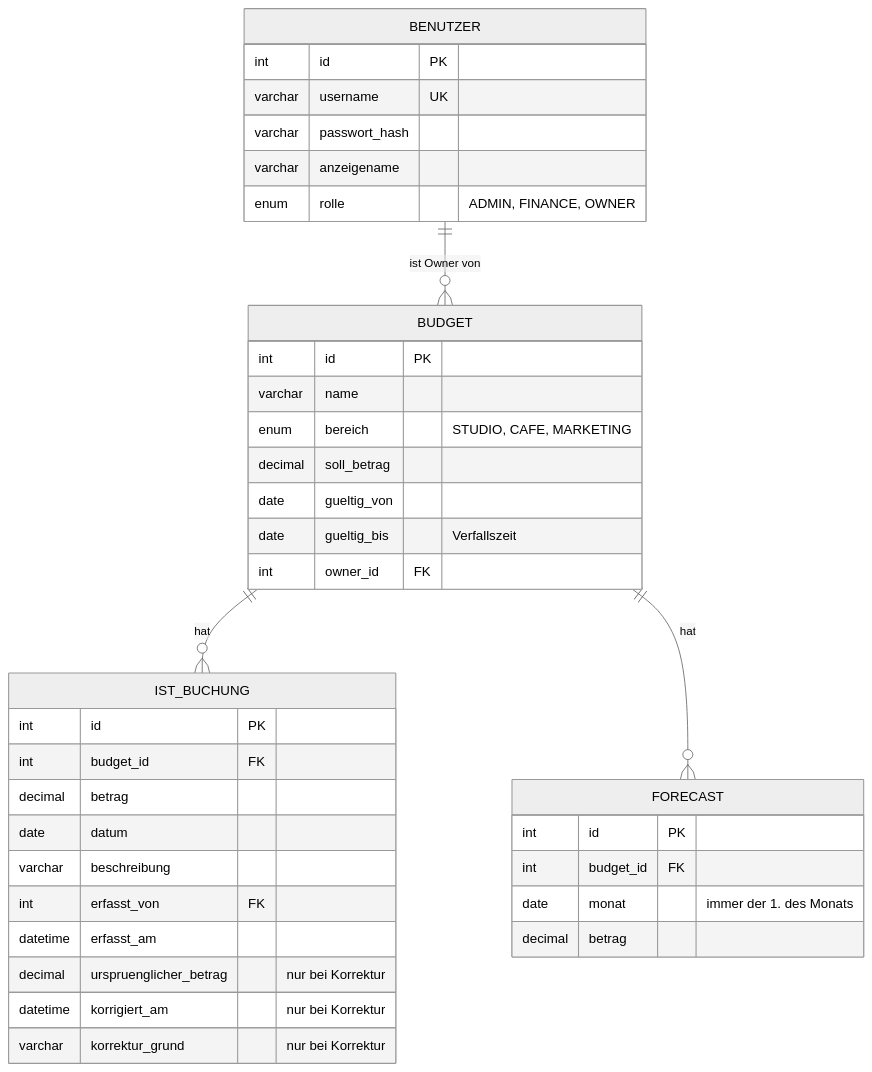
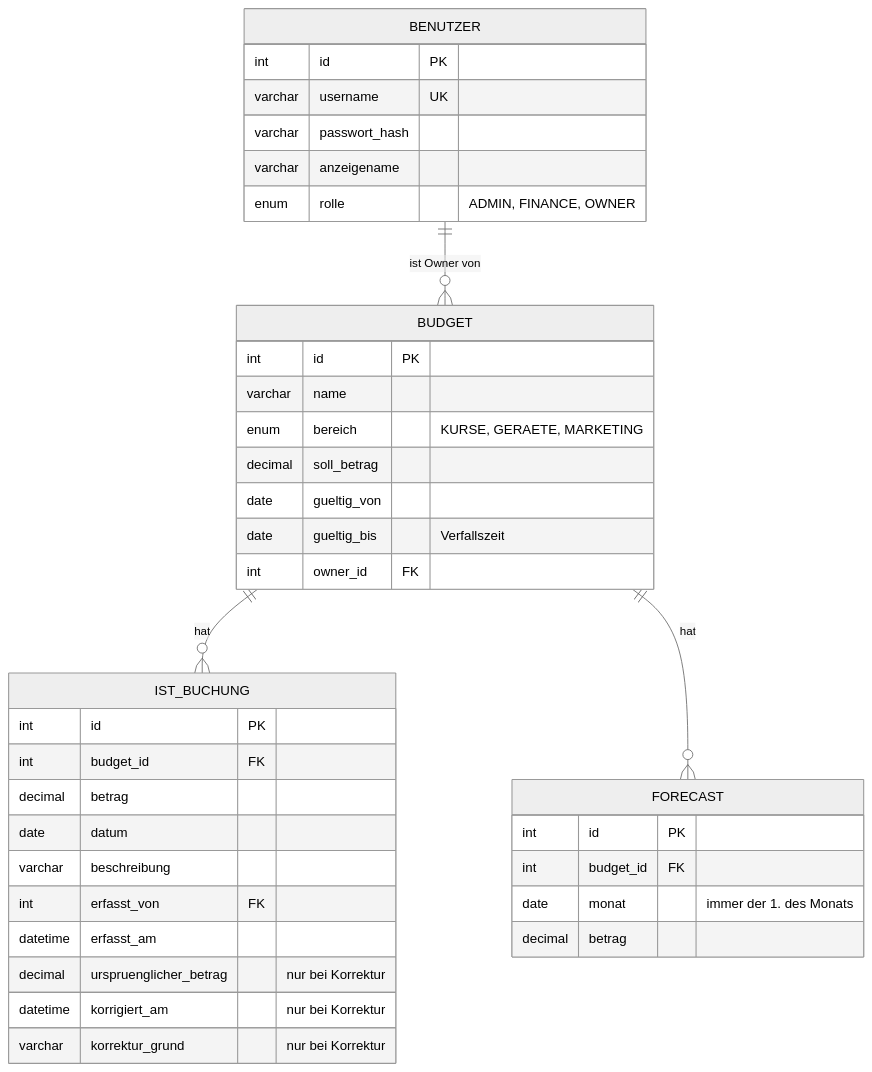
One commit to sinemoezbakir/Fallstudie changed the diagram in docs/konzept.md. Above: the diagram before and after it, drawn with Mermaid (neutral theme). The commit also changed other lines of this file and 13 other files, not shown here.

````diff
--- a/docs/konzept.md
+++ b/docs/konzept.md
@@ -45,41 +45,41 @@
 ```mermaid
 erDiagram
     BENUTZER ||--o{ BUDGET : "ist Owner von"
     BUDGET ||--o{ IST_BUCHUNG : hat
     BUDGET ||--o{ FORECAST : hat
 
     BENUTZER {
         int id PK
         varchar username UK
         varchar passwort_hash
         varchar anzeigename
         enum rolle "ADMIN, FINANCE, OWNER"
     }
     BUDGET {
         int id PK
         varchar name
-        enum bereich "STUDIO, CAFE, MARKETING"
+        enum bereich "KURSE, GERAETE, MARKETING"
         decimal soll_betrag
         date gueltig_von
         date gueltig_bis "Verfallszeit"
         int owner_id FK
     }
     IST_BUCHUNG {
         int id PK
         int budget_id FK
         decimal betrag
         date datum
         varchar beschreibung
         int erfasst_von FK
         datetime erfasst_am
         decimal urspruenglicher_betrag "nur bei Korrektur"
         datetime korrigiert_am "nur bei Korrektur"
         varchar korrektur_grund "nur bei Korrektur"
     }
     FORECAST {
         int id PK
         int budget_id FK
         date monat "immer der 1. des Monats"
         decimal betrag
     }
 ```
````
